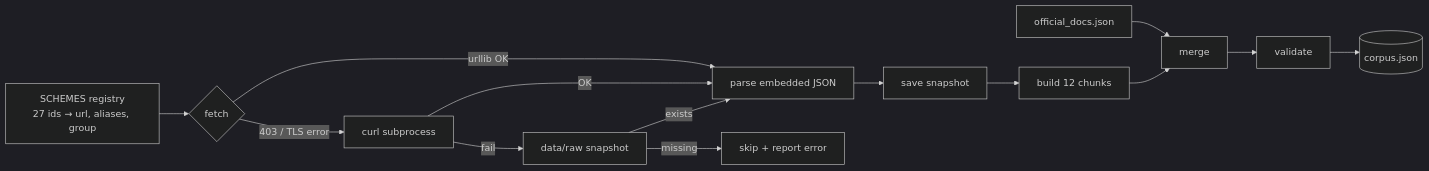
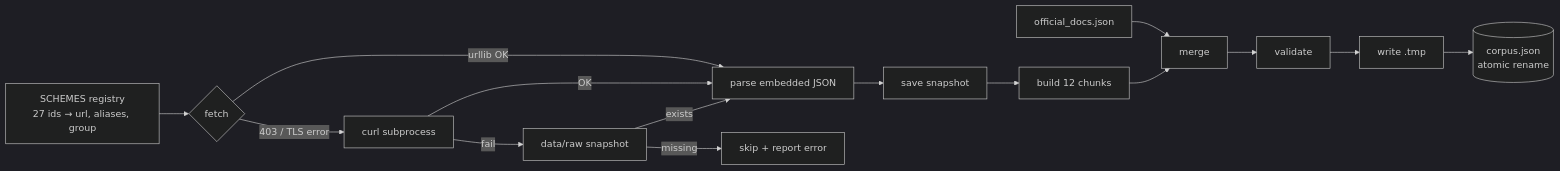
The fifth of 5 diagrams in Doc/architecture.md (fxdarshan/02-BoloSIP), drawn with Mermaid (dark theme) before and after one commit. The commit also changed other lines of this file and 2 other files, not shown here.

````diff
--- a/Doc/architecture.md
+++ b/Doc/architecture.md
@@ -442,14 +461,14 @@
 ```mermaid
 flowchart LR
     A[SCHEMES registry<br/>27 ids → url, aliases, group] --> B{fetch}
     B -->|urllib OK| D[parse embedded JSON]
     B -->|403 / TLS error| C[curl subprocess]
     C -->|OK| D
     C -->|fail| E[data/raw snapshot]
     E -->|exists| D
     E -->|missing| X[skip + report error]
     D --> F[save snapshot]
     F --> G[build 12 chunks]
     H[official_docs.json] --> I[merge]
-    G --> I --> J[validate] --> K[(corpus.json)]
+    G --> I --> J[validate] --> T[write .tmp] --> K[(corpus.json<br/>atomic rename)]
 ```
````
